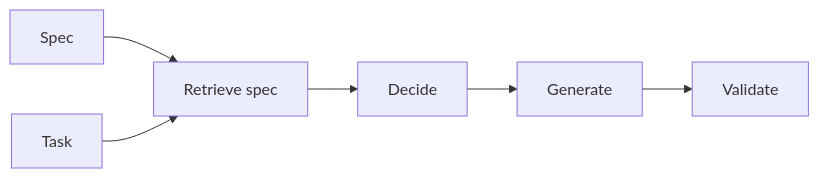
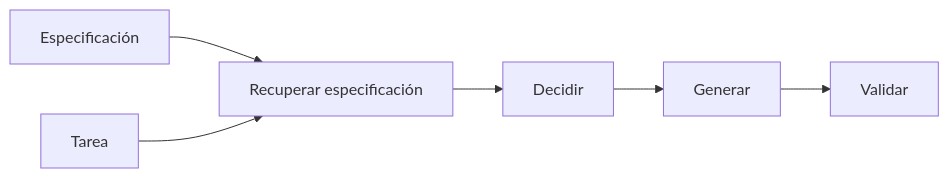
One commit to EmersonBraun/ai-summary-hub changed the diagram in i18n/es/docusaurus-plugin-content-docs/current/spec-driven-development/index.md. Above: the diagram before and after it, drawn with Mermaid. The commit also changed other lines of this file and 230 other files, not shown here.

````diff
--- a/i18n/es/docusaurus-plugin-content-docs/current/spec-driven-development/index.md
+++ b/i18n/es/docusaurus-plugin-content-docs/current/spec-driven-development/index.md
@@ -17,8 +19,8 @@
 ```mermaid
 flowchart LR
-  Spec[Spec] --> Retrieve[Retrieve spec]
-  Task[Task] --> Retrieve
-  Retrieve --> Decide[Decide]
-  Decide --> Generate[Generate]
-  Generate --> Validate[Validate]
+  Spec[Especificación] --> Retrieve[Recuperar especificación]
+  Task[Tarea] --> Retrieve
+  Retrieve --> Decide[Decidir]
+  Decide --> Generate[Generar]
+  Generate --> Validate[Validar]
 ```
````
